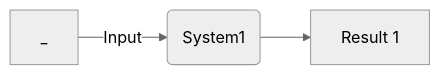
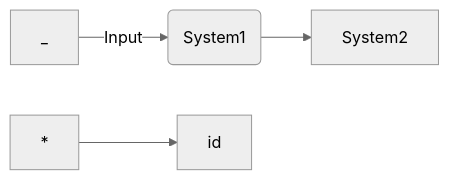
One commit to setrar/dsp changed the third of 3 diagrams in signal-processing/kutz/5/README.md. Above: the diagram before and after it, drawn with Mermaid (neutral theme).

````diff
--- a/signal-processing/kutz/5/README.md
+++ b/signal-processing/kutz/5/README.md
@@ -54,6 +54,7 @@
 ```mermaid
 flowchart LR
 
 _ -->|Input| C(System1)
-C --> D[Result 1]
+C --> D[System2]
+* --> id
 ```
````
